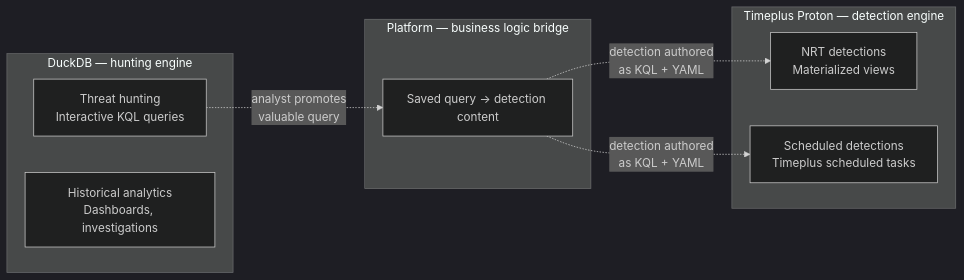
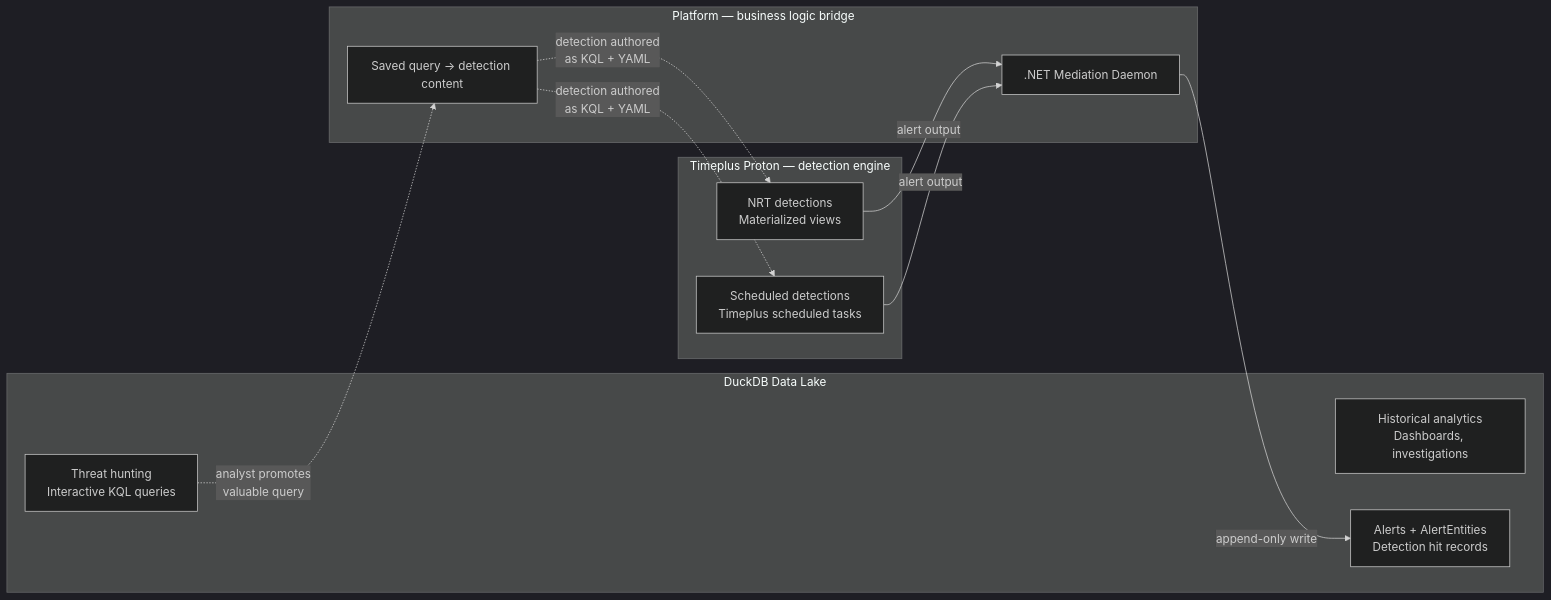
Before and after one commit to DeltaZulu-OU/DeltaZulu.Platform: the second of 6 diagrams in docs/ARCHITECTURE.md, drawn with Mermaid (dark theme). The commit also changed other lines of this file, not shown here.

Commit message:
Document lake vs operational state data model decision

````diff
--- a/docs/ARCHITECTURE.md
+++ b/docs/ARCHITECTURE.md
@@ -342,18 +380,23 @@
 ```mermaid
 flowchart LR
     subgraph Proton["Timeplus Proton — detection engine"]
         NRT["NRT detections<br/>Materialized views"]
         Sched["Scheduled detections<br/>Timeplus scheduled tasks"]
     end
-    subgraph DuckDB["DuckDB — hunting engine"]
+    subgraph Lake["DuckDB Data Lake"]
         Hunt["Threat hunting<br/>Interactive KQL queries"]
         Hist["Historical analytics<br/>Dashboards, investigations"]
+        Alrt["Alerts + AlertEntities<br/>Detection hit records"]
     end
     subgraph Platform["Platform — business logic bridge"]
         Pivot["Saved query → detection content"]
+        Daemon[".NET Mediation Daemon"]
     end
 
     Hunt -.->|analyst promotes<br/>valuable query| Pivot
     Pivot -.->|detection authored<br/>as KQL + YAML| NRT
     Pivot -.->|detection authored<br/>as KQL + YAML| Sched
+    NRT -->|alert output| Daemon
+    Sched -->|alert output| Daemon
+    Daemon -->|append-only write| Alrt
 ```
````
